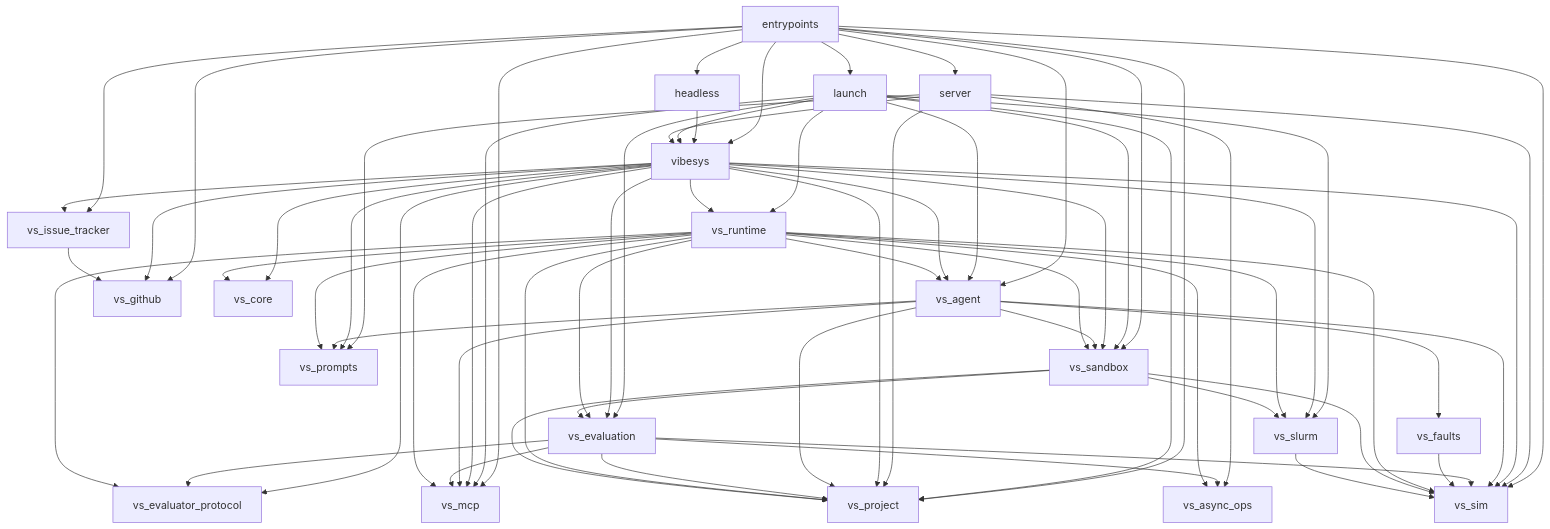
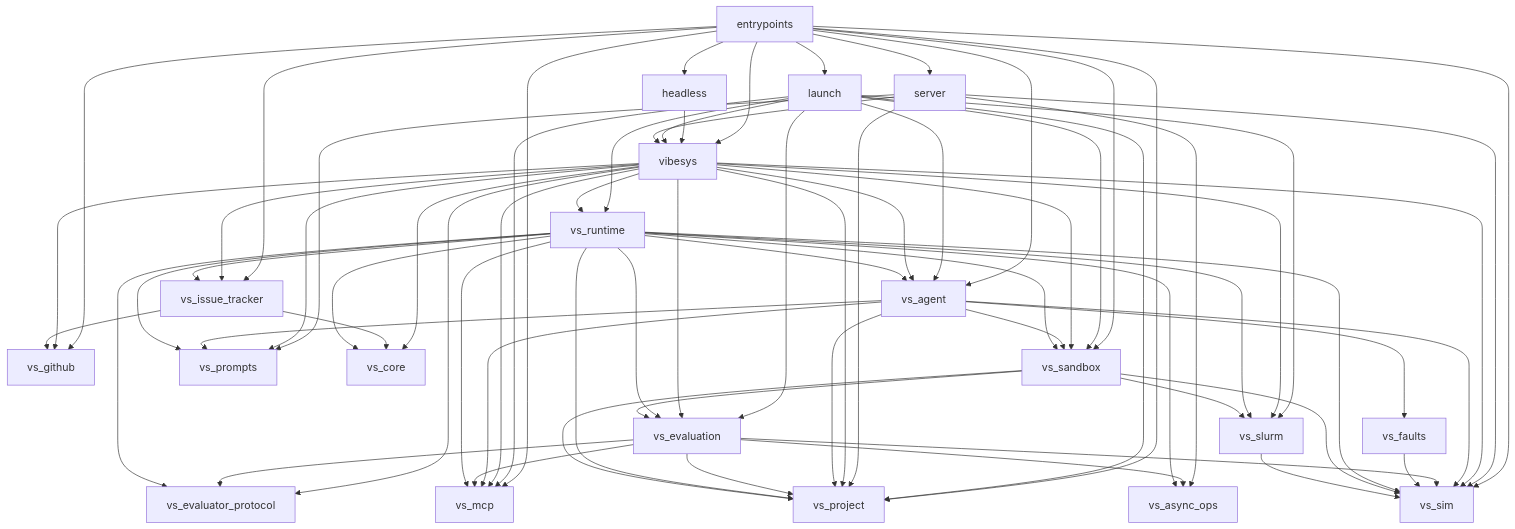
One commit to 6Mikao9/vibesys changed the diagram in docs/contributing/architecture.md. Above: the diagram before and after it, drawn with Mermaid. The commit also changed 14 other files, not shown here.

First line of the commit message:
feat(vs-runtime): issue-board operations for strategies on the core lifecycle (#2004)

````diff
--- a/docs/contributing/architecture.md
+++ b/docs/contributing/architecture.md
@@ -107,70 +107,72 @@
 ```mermaid
 graph TD
     entrypoints --> headless
     entrypoints --> launch
     entrypoints --> server
     entrypoints --> vibesys
     entrypoints --> vs_agent
     entrypoints --> vs_github
     entrypoints --> vs_issue_tracker
     entrypoints --> vs_mcp
     entrypoints --> vs_project
     entrypoints --> vs_sandbox
     entrypoints --> vs_sim
     headless --> vibesys
     launch --> vibesys
     launch --> vs_agent
     launch --> vs_evaluation
     launch --> vs_mcp
     launch --> vs_project
     launch --> vs_runtime
     launch --> vs_sandbox
     launch --> vs_slurm
     server --> vibesys
     server --> vs_async_ops
     server --> vs_project
     server --> vs_prompts
     server --> vs_sim
     vibesys --> vs_agent
     vibesys --> vs_core
     vibesys --> vs_evaluation
     vibesys --> vs_evaluator_protocol
     vibesys --> vs_github
     vibesys --> vs_issue_tracker
     vibesys --> vs_mcp
     vibesys --> vs_project
     vibesys --> vs_prompts
     vibesys --> vs_runtime
     vibesys --> vs_sandbox
     vibesys --> vs_sim
     vibesys --> vs_slurm
     vs_agent --> vs_faults
     vs_agent --> vs_mcp
     vs_agent --> vs_project
     vs_agent --> vs_prompts
     vs_agent --> vs_sandbox
     vs_agent --> vs_sim
     vs_evaluation --> vs_async_ops
     vs_evaluation --> vs_evaluator_protocol
     vs_evaluation --> vs_mcp
     vs_evaluation --> vs_project
     vs_evaluation --> vs_sim
     vs_faults --> vs_sim
+    vs_issue_tracker --> vs_core
     vs_issue_tracker --> vs_github
     vs_runtime --> vs_agent
     vs_runtime --> vs_async_ops
     vs_runtime --> vs_core
     vs_runtime --> vs_evaluation
     vs_runtime --> vs_evaluator_protocol
+    vs_runtime --> vs_issue_tracker
     vs_runtime --> vs_mcp
     vs_runtime --> vs_project
     vs_runtime --> vs_prompts
     vs_runtime --> vs_sandbox
     vs_runtime --> vs_sim
     vs_runtime --> vs_slurm
     vs_sandbox --> vs_evaluation
     vs_sandbox --> vs_project
     vs_sandbox --> vs_sim
     vs_sandbox --> vs_slurm
     vs_slurm --> vs_sim
 ```
````
